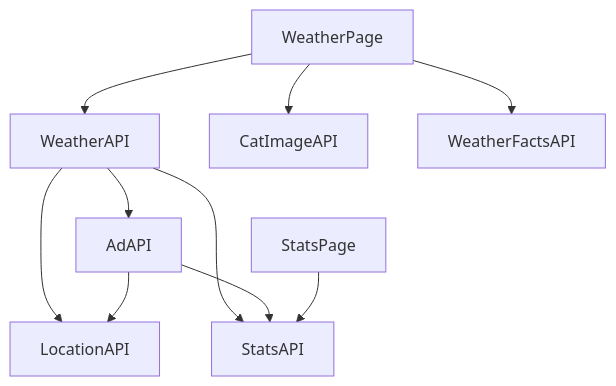
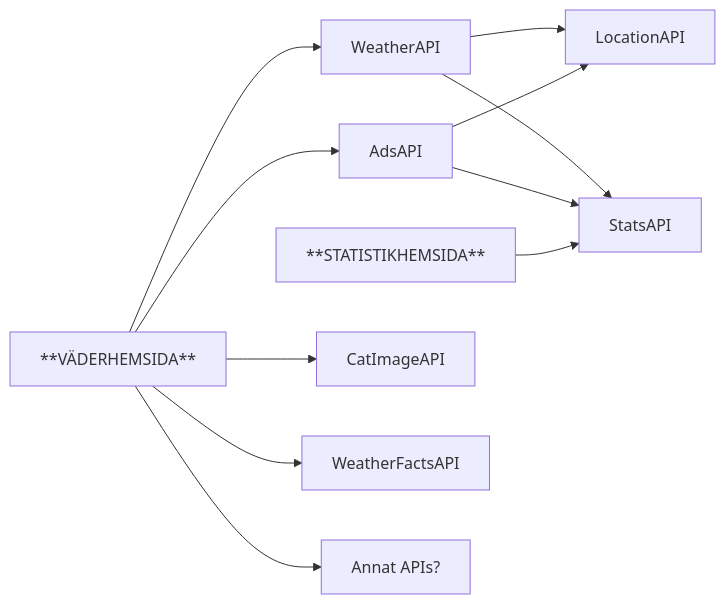
Before and after one commit to suvnet25/classroom: the diagram in docs/lektioner/oop2/v04/lektion12/workshop.md, drawn with Mermaid. The commit also changed other lines of this file and 1 other file, not shown here.

````diff
--- a/docs/lektioner/oop2/v04/lektion12/workshop.md
+++ b/docs/lektioner/oop2/v04/lektion12/workshop.md
@@ -25,12 +25,13 @@
 ```mermaid
-graph TD
+graph LR
     A[WeatherAPI] --> L[LocationAPI]
     A --> S[StatsAPI]
-    A --> Ad[AdAPI]
-    Ad --> L
+    Ad[AdsAPI] --> L
     Ad --> S
-    B[StatsPage] --> S
-    C[WeatherPage] --> A
+    B[**STATISTIKHEMSIDA**] --> S
+    C[**VÄDERHEMSIDA**] --> A
+    C --> Ad
     C --> Cat[CatImageAPI]
     C --> F[WeatherFactsAPI]
+    C --> ApiX[Annat APIs?]
 ```
````
